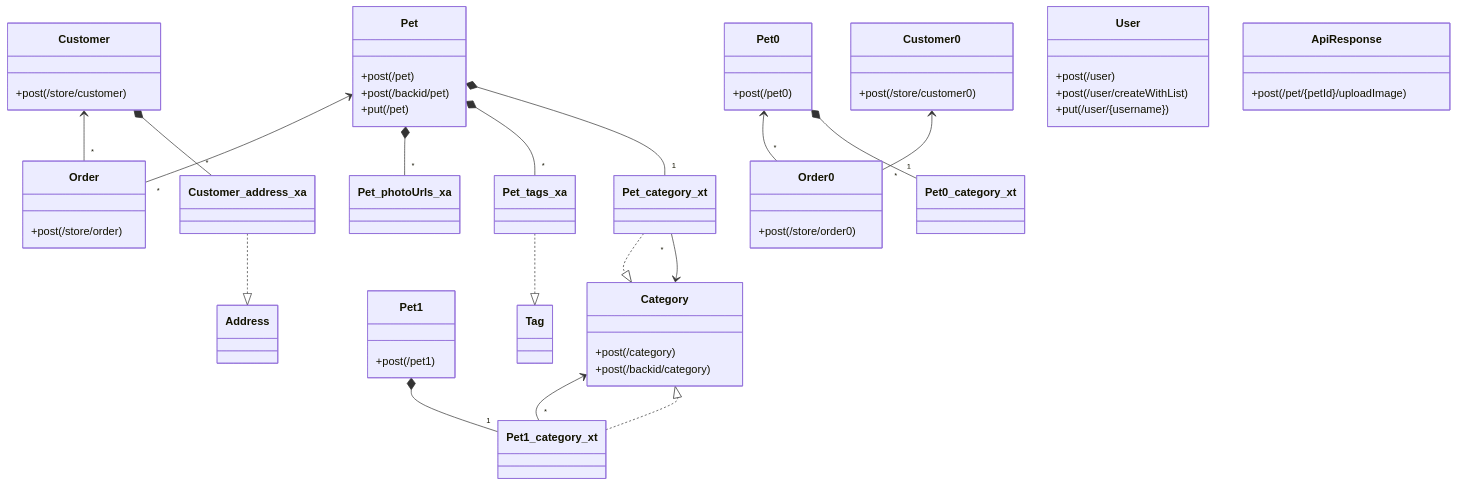
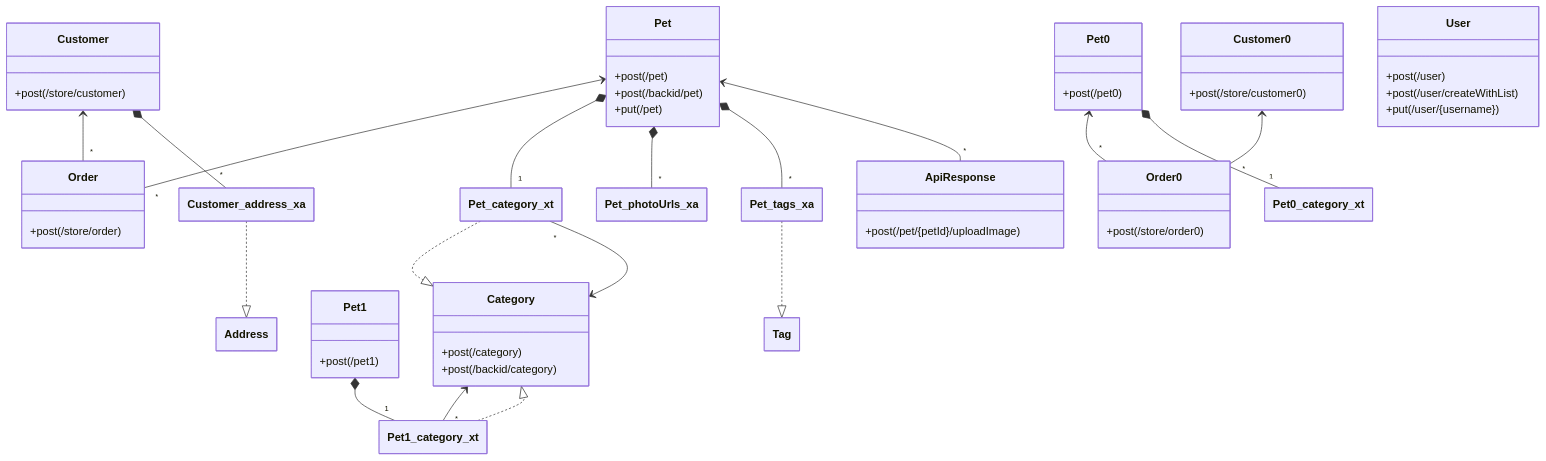
The first of 3 diagrams in README.md (giis-uniovi/tdrules-st-tdg), drawn with Mermaid before and after one commit. The commit also changed other lines of this file and 8 other files, not shown here.

````diff
--- a/README.md
+++ b/README.md
@@ -77,36 +77,41 @@
 ```mermaid
+---
+  config:
+    class:
+      hideEmptyMembersBox: true
+---
 classDiagram
   Pet <--"*" Order
   Customer <--"*" Order
   Customer *--"*" Customer_address_xa
   Category <--"*" Pet_category_xt
+  Pet *--"1" Pet_category_xt
   Pet *--"*" Pet_photoUrls_xa
   Pet *--"*" Pet_tags_xa
-  Pet *--"1" Pet_category_xt
   Pet0 <--"*" Order0
   Customer0 <--"*" Order0
   Pet0 *--"1" Pet0_category_xt
   Category <--"*" Pet1_category_xt
   Pet1 *--"1" Pet1_category_xt
+  Pet <--"*" ApiResponse
   Customer_address_xa ..|> Address
   Pet_category_xt ..|> Category
   Pet_tags_xa ..|> Tag
   Pet1_category_xt ..|> Category
   class User
-  class ApiResponse
   Order: +post(/store/order)
   Customer: +post(/store/customer)
   Category: +post(/category)
   Category: +post(/backid/category)
   User: +post(/user)
   User: +post(/user/createWithList)
   User: +put(/user/{username})
   Pet: +post(/pet)
   Pet: +post(/backid/pet)
   Pet: +put(/pet)
   Customer0: +post(/store/customer0)
   Order0: +post(/store/order0)
   Pet0: +post(/pet0)
   Pet1: +post(/pet1)
   ApiResponse: +post(/pet/{petId}/uploadImage)
 ```
````
